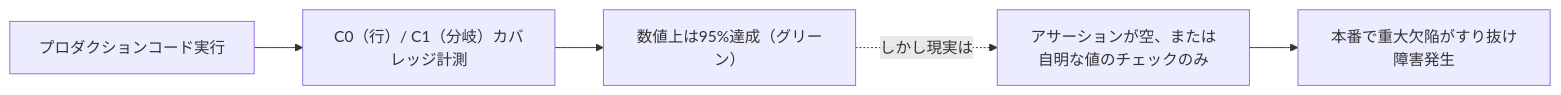
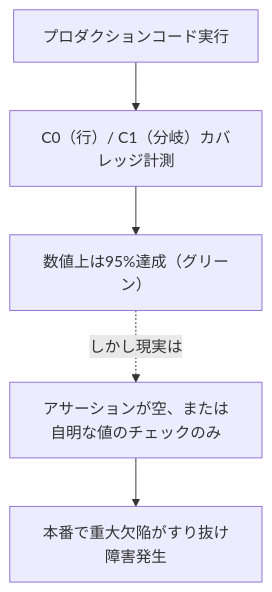
Before and after one commit to AnaharaYasuo/product-quality-management-book: the second of 5 diagrams in manuscript/09_chapter9.md, drawn with Mermaid. The commit also changed other lines of this file and 32 other files, not shown here.

````diff
--- a/manuscript/09_chapter9.md
+++ b/manuscript/09_chapter9.md
@@ -86,7 +80,7 @@
 ```mermaid
-flowchart LR
+flowchart TD
     A["プロダクションコード実行"] --> B["C0（行）/ C1（分岐）カバレッジ計測"]
     B --> C["数値上は95%達成（グリーン）"]
-    C -.->|しかし現実は| D["アサーションが空、または自明な値のチェックのみ"]
+    C -.->|"しかし現実は"| D["アサーションが空、または自明な値のチェックのみ"]
     D --> E["本番で重大欠陥がすり抜け障害発生"]
 ```
````
